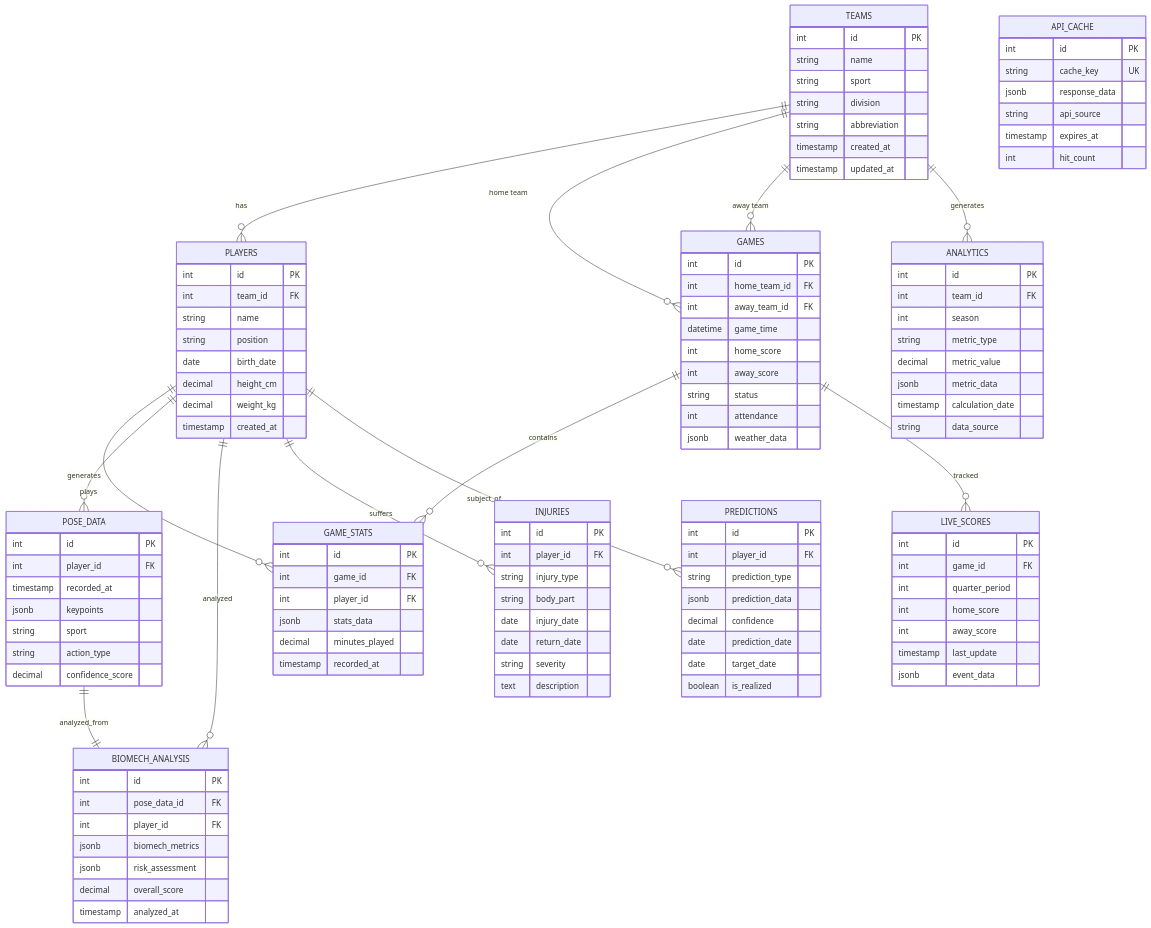
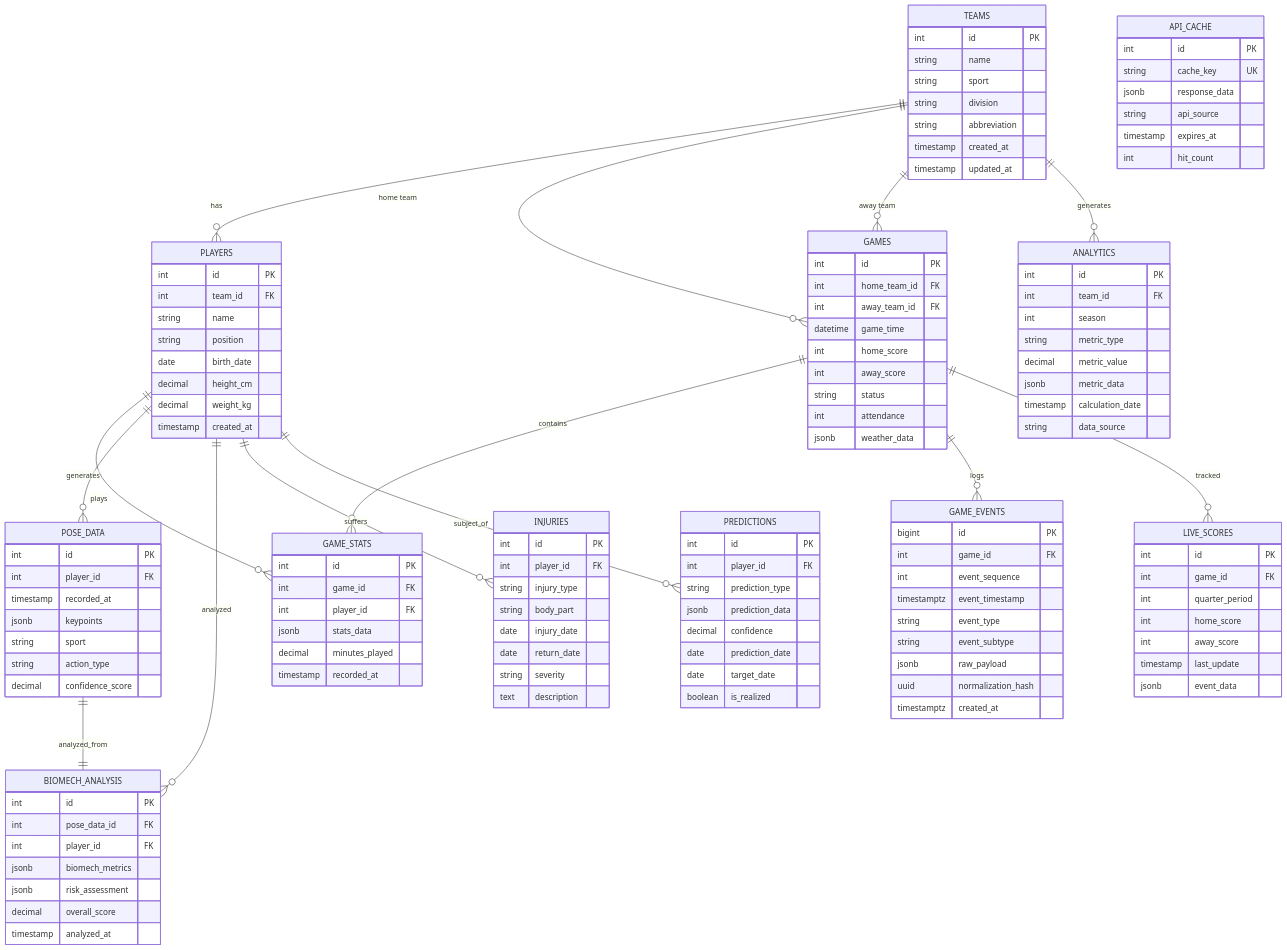
One commit to ahump20/Blaze-College-Baseball changed the diagram in docs/charts/database-schema.mmd. Above: the diagram before and after it, drawn with Mermaid. The commit also changed 2 other files, not shown here.

Commit message:
Document game event model and relationships

```diff
--- a/docs/charts/database-schema.mmd
+++ b/docs/charts/database-schema.mmd
@@ -1,131 +1,144 @@
 erDiagram
     TEAMS {
         int id PK
         string name
         string sport
         string division
         string abbreviation
         timestamp created_at
         timestamp updated_at
     }
     
     PLAYERS {
         int id PK
         int team_id FK
         string name
         string position
         date birth_date
         decimal height_cm
         decimal weight_kg
         timestamp created_at
     }
     
     GAMES {
         int id PK
         int home_team_id FK
         int away_team_id FK
         datetime game_time
         int home_score
         int away_score
         string status
         int attendance
         jsonb weather_data
     }
-    
+
+    GAME_EVENTS {
+        bigint id PK
+        int game_id FK
+        int event_sequence
+        timestamptz event_timestamp
+        string event_type
+        string event_subtype
+        jsonb raw_payload
+        uuid normalization_hash
+        timestamptz created_at
+    }
+
     GAME_STATS {
         int id PK
         int game_id FK
         int player_id FK
         jsonb stats_data
         decimal minutes_played
         timestamp recorded_at
     }
     
     ANALYTICS {
         int id PK
         int team_id FK
         int season
         string metric_type
         decimal metric_value
         jsonb metric_data
         timestamp calculation_date
         string data_source
     }
     
     POSE_DATA {
         int id PK
         int player_id FK
         timestamp recorded_at
         jsonb keypoints
         string sport
         string action_type
         decimal confidence_score
     }
     
     BIOMECH_ANALYSIS {
         int id PK
         int pose_data_id FK
         int player_id FK
         jsonb biomech_metrics
         jsonb risk_assessment
         decimal overall_score
         timestamp analyzed_at
     }
     
     INJURIES {
         int id PK
         int player_id FK
         string injury_type
         string body_part
         date injury_date
         date return_date
         string severity
         text description
     }
     
     PREDICTIONS {
         int id PK
         int player_id FK
         string prediction_type
         jsonb prediction_data
         decimal confidence
         date prediction_date
         date target_date
         boolean is_realized
     }
     
     LIVE_SCORES {
         int id PK
         int game_id FK
         int quarter_period
         int home_score
         int away_score
         timestamp last_update
         jsonb event_data
     }
     
     API_CACHE {
         int id PK
         string cache_key UK
         jsonb response_data
         string api_source
         timestamp expires_at
         int hit_count
     }
     
     %% Relationships
     TEAMS ||--o{ PLAYERS : has
     TEAMS ||--o{ GAMES : "home team"
     TEAMS ||--o{ GAMES : "away team"
     TEAMS ||--o{ ANALYTICS : generates
     
     PLAYERS ||--o{ GAME_STATS : plays
     PLAYERS ||--o{ POSE_DATA : generates
     PLAYERS ||--o{ BIOMECH_ANALYSIS : analyzed
     PLAYERS ||--o{ INJURIES : suffers
     PLAYERS ||--o{ PREDICTIONS : subject_of
     
     GAMES ||--o{ GAME_STATS : contains
+    GAMES ||--o{ GAME_EVENTS : logs
     GAMES ||--o{ LIVE_SCORES : tracked
     
     POSE_DATA ||--|| BIOMECH_ANALYSIS : analyzed_from
```
